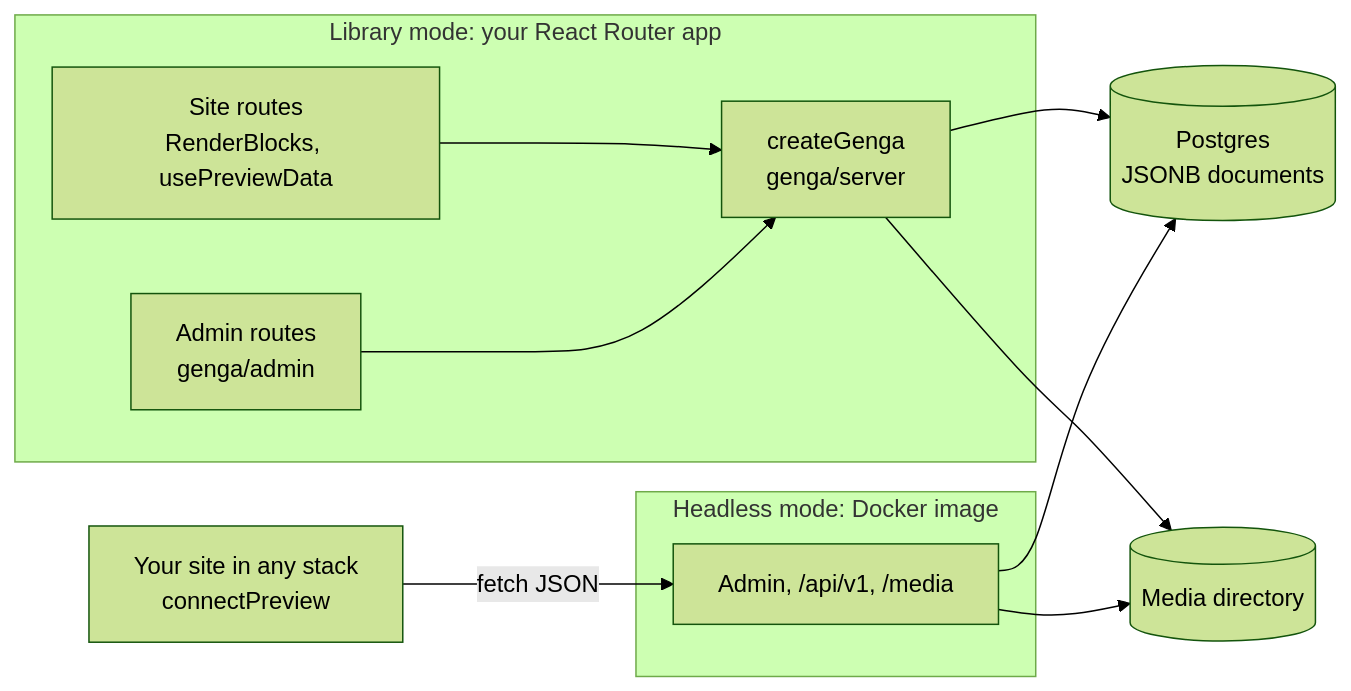
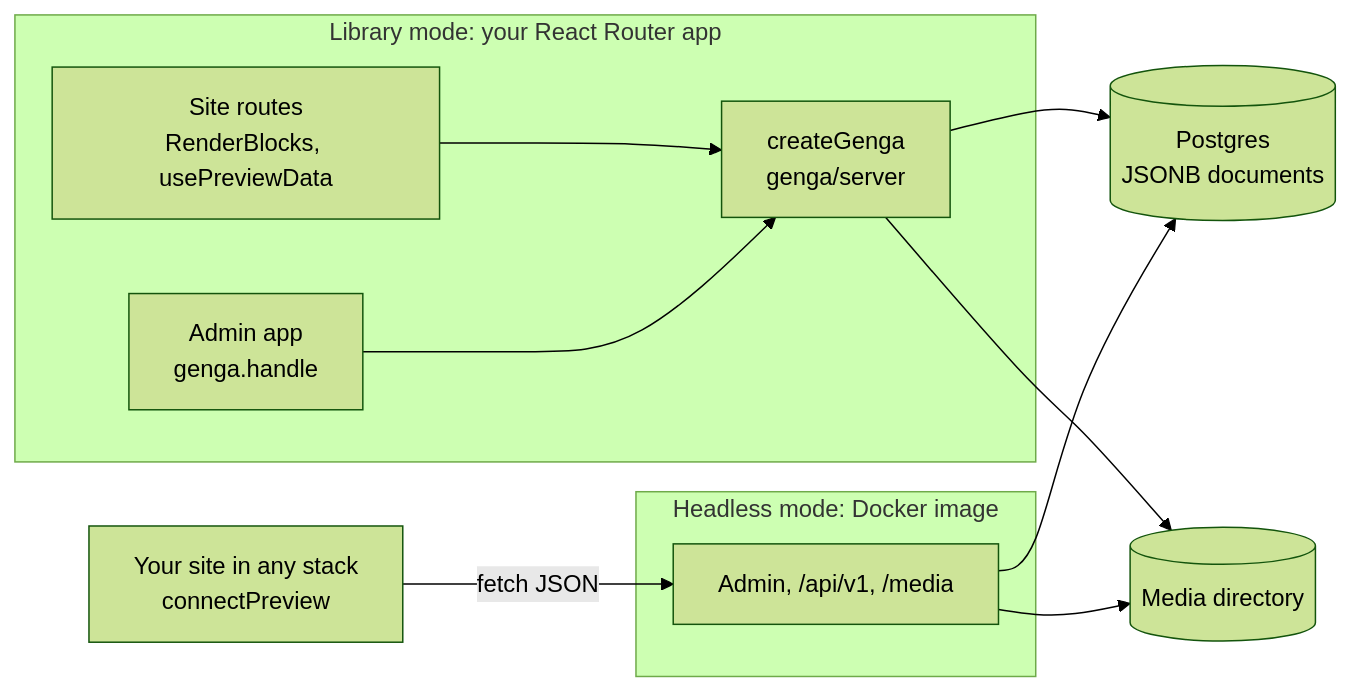
Before and after one commit to sakuga-software/genga: the second of 2 diagrams in README.md, drawn with Mermaid (forest theme). The commit also changed other lines of this file and 67 other files, not shown here.

First line of the commit message:
feat(admin): the prebuilt admin app, served by genga.handle (GNG-27)

````diff
--- a/README.md
+++ b/README.md
@@ -339,21 +309,21 @@
 ```mermaid
 flowchart LR
     subgraph lib ["Library mode: your React Router app"]
         site["Site routes<br/>RenderBlocks, usePreviewData"]
-        admin["Admin routes<br/>genga/admin"]
+        admin["Admin app<br/>genga.handle"]
         core["createGenga<br/>genga/server"]
         site --> core
         admin --> core
     end
     subgraph headless ["Headless mode: Docker image"]
         hs["Admin, /api/v1, /media"]
     end
     other["Your site in any stack<br/>connectPreview"]
     pg[("Postgres<br/>JSONB documents")]
     files[("Media directory")]
     core --> pg
     core --> files
     hs --> pg
     hs --> files
     other -- "fetch JSON" --> hs
 ```
````
